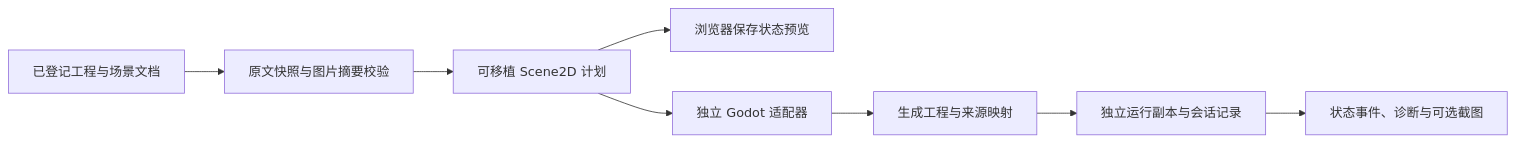
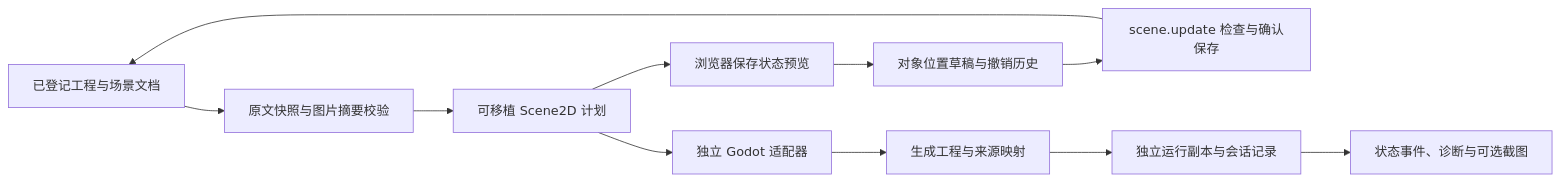
One commit to Team-silvortex/viento-studio changed the diagram in docs/PROJECT_BUILD.md. Above: the diagram before and after it, drawn with Mermaid. The commit also changed other lines of this file and 482 other files, not shown here.

````diff
--- a/docs/PROJECT_BUILD.md
+++ b/docs/PROJECT_BUILD.md
@@ -148,10 +241,13 @@
 ```mermaid
 flowchart LR
   Source[已登记工程与场景文档] --> Snapshot[原文快照与图片摘要校验]
   Snapshot --> Plan[可移植 Scene2D 计划]
   Plan --> Preview[浏览器保存状态预览]
+  Preview --> Layout[对象位置草稿与撤销历史]
+  Layout --> Review[scene.update 检查与确认保存]
+  Review --> Source
   Plan --> Backend[独立 Godot 适配器]
   Backend --> Artifact[生成工程与来源映射]
   Artifact --> Session[独立运行副本与会话记录]
   Session --> Evidence[状态事件、诊断与可选截图]
 ```
````
